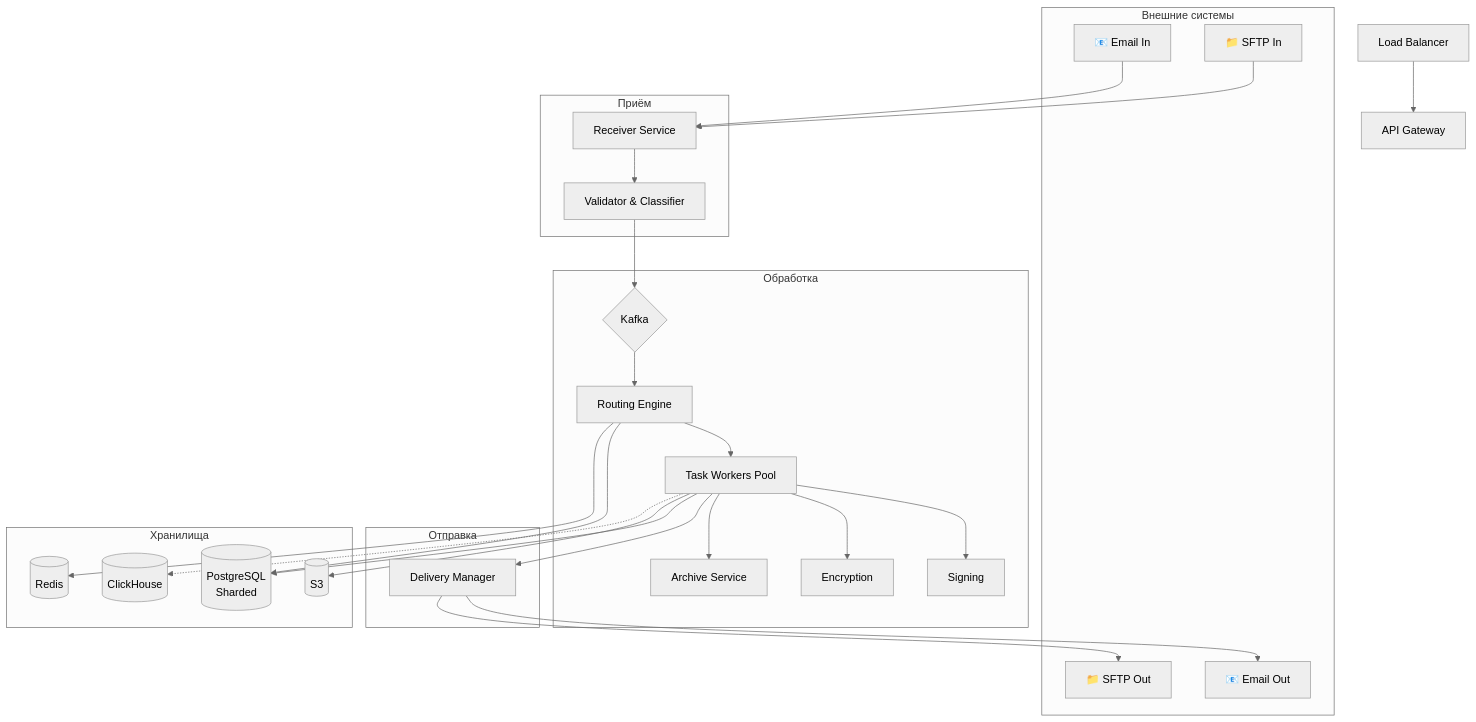
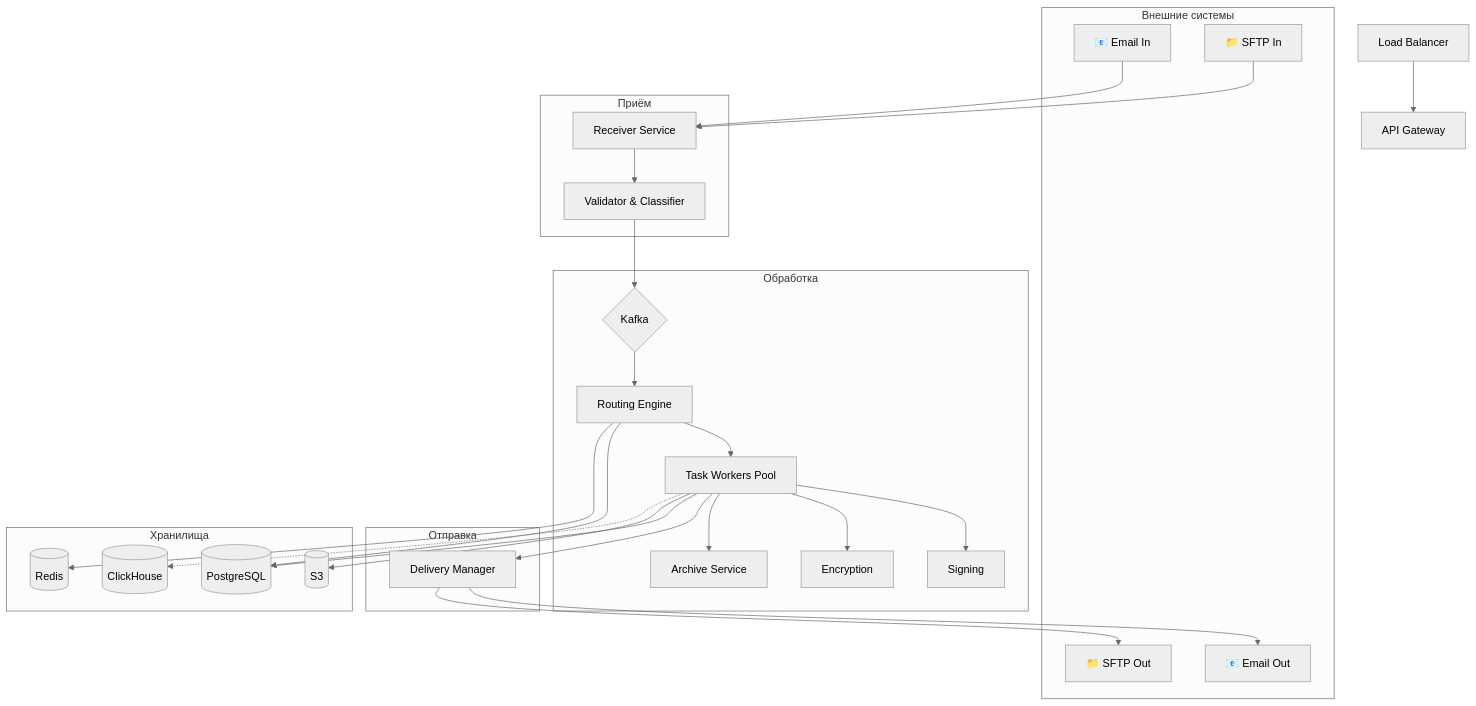
The third of 5 diagrams in dev-solution-documents.md (AlexanderScheqolev/DS_DDF), drawn with Mermaid (neutral theme) before and after one commit. The commit also changed other lines of this file, not shown here.

Commit message:
Update dev-solution-documents.md
Пункт 1: Уберите шардирование PostgreSQL (как минимум осталось на диаграммах, но стоит проверить остальной текст ТР). Конкретно в вашей задаче это не нужно

````diff
--- a/dev-solution-documents.md
+++ b/dev-solution-documents.md
@@ -344,44 +344,44 @@
 ```mermaid
 graph TB
     subgraph "Внешние системы"
         EmailIn[📧 Email In]
         SFTPIn[📁 SFTP In]
         EmailOut[📧 Email Out]
         SFTPOut[📁 SFTP Out]
     end
 
     LB[Load Balancer] --> API[API Gateway]
     
     subgraph "Приём"
         EmailIn --> Receiver[Receiver Service]
         SFTPIn --> Receiver
         Receiver --> Validator[Validator & Classifier]
     end
 
     Validator --> Kafka{Kafka}
     
     subgraph "Обработка"
         Kafka --> RouteEngine[Routing Engine]
         RouteEngine --> Workers[Task Workers Pool]
         Workers --> Sign[Signing]
         Workers --> Encrypt[Encryption]
         Workers --> Archive[Archive Service]
     end
 
     subgraph "Отправка"
         Workers --> Delivery[Delivery Manager]
         Delivery --> EmailOut
         Delivery --> SFTPOut
     end
 
     subgraph "Хранилища"
-        DB[(PostgreSQL<br/>Sharded)]
+        DB[(PostgreSQL)]
         Cache[(Redis)]
         Storage[(S3)]
         Analytics[(ClickHouse)]
     end
 
     RouteEngine --> DB & Cache
     Workers --> DB & Storage
     Workers -.-> Analytics
 ```
````
